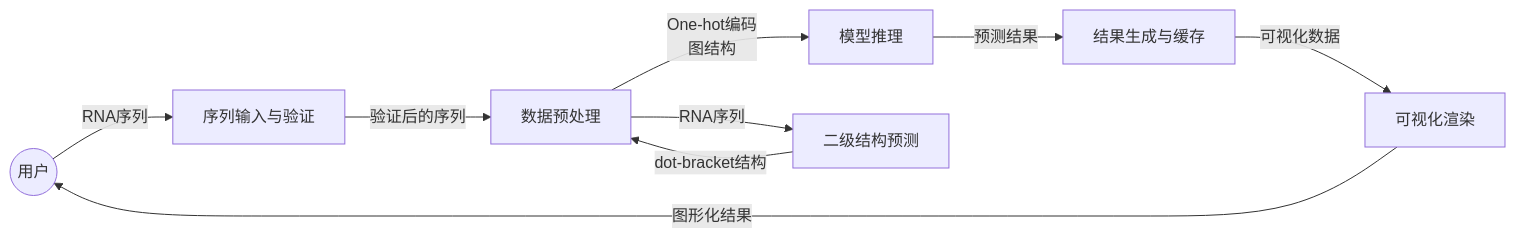
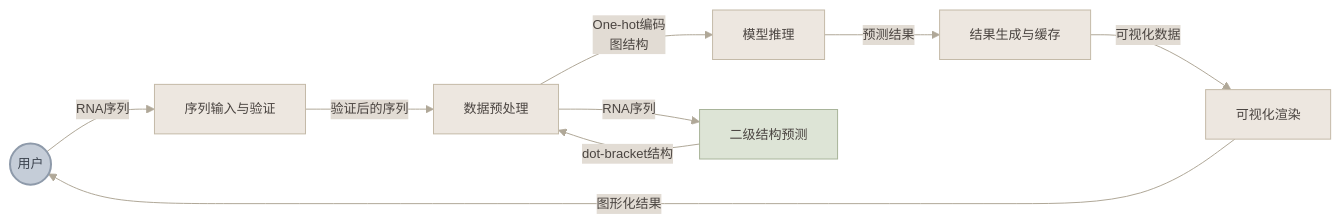
One commit to fdiskdc/RGCNFormer_WebAndWx_backend changed the fifth of 19 diagrams in md/RMA序列修饰检测可视化系统架构说明文档.md. Above: the diagram before and after it, drawn with Mermaid. The commit also changed other lines of this file, not shown here.

````diff
--- a/md/RMA序列修饰检测可视化系统架构说明文档.md
+++ b/md/RMA序列修饰检测可视化系统架构说明文档.md
@@ -514,12 +423,17 @@
 ```mermaid
+%%{init: {'theme': 'base', 'themeVariables': {'primaryColor': '#EDE7E0', 'primaryTextColor': '#4A4440', 'primaryBorderColor': '#C4BAA8', 'lineColor': '#B0A898', 'secondaryColor': '#E2DCD4', 'background': '#F8F5F0', 'fontSize': '13px'}}}%%
 graph LR
-    User((用户)) -->|RNA序列| P1[序列输入与验证]
-    P1 -->|验证后的序列| P2[数据预处理]
-    P2 -->|One-hot编码<br/>图结构| P3[模型推理]
-    P3 -->|预测结果| P4[结果生成与缓存]
-    P4 -->|可视化数据| P5[可视化渲染]
+    classDef actor fill:#C5CDD8,stroke:#8E9AAA,stroke-width:2px,color:#3D4550
+    classDef process fill:#EDE7E0,stroke:#C4BAA8,stroke-width:1px,color:#4A4440
+    classDef aux fill:#DDE4D6,stroke:#A8B49A,stroke-width:1px,color:#4A4440
+
+    User((用户)):::actor -->|RNA序列| P1[序列输入与验证]:::process
+    P1 -->|验证后的序列| P2[数据预处理]:::process
+    P2 -->|One-hot编码<br/>图结构| P3[模型推理]:::process
+    P3 -->|预测结果| P4[结果生成与缓存]:::process
+    P4 -->|可视化数据| P5[可视化渲染]:::process
     P5 -->|图形化结果| User
 
-    P2 -->|RNA序列| P6[二级结构预测]
+    P2 -->|RNA序列| P6[二级结构预测]:::aux
     P6 -->|dot-bracket结构| P2
 ```
````
